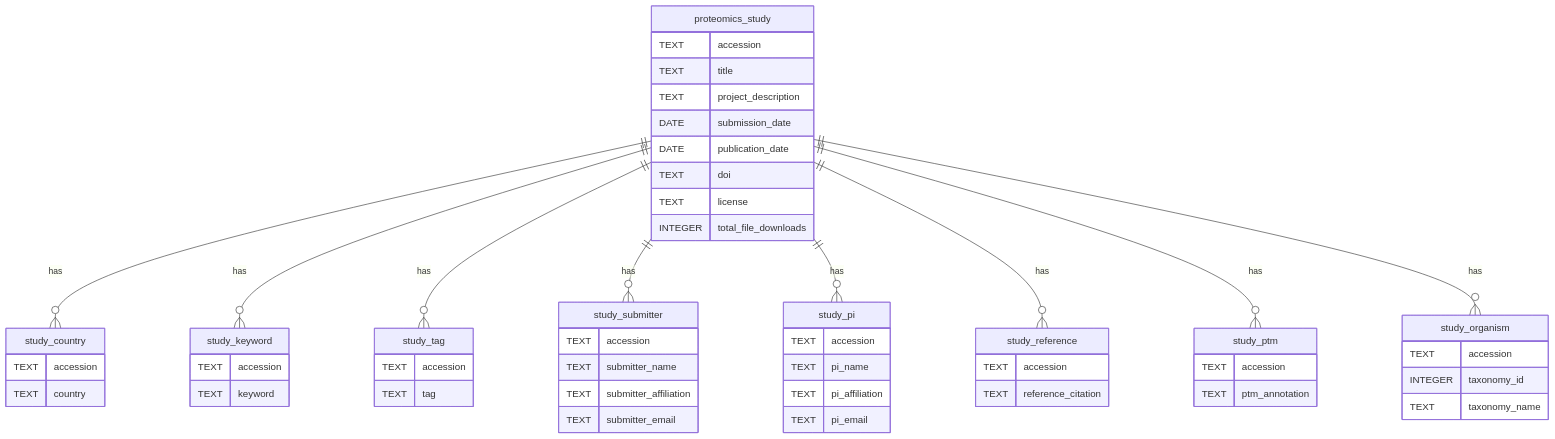
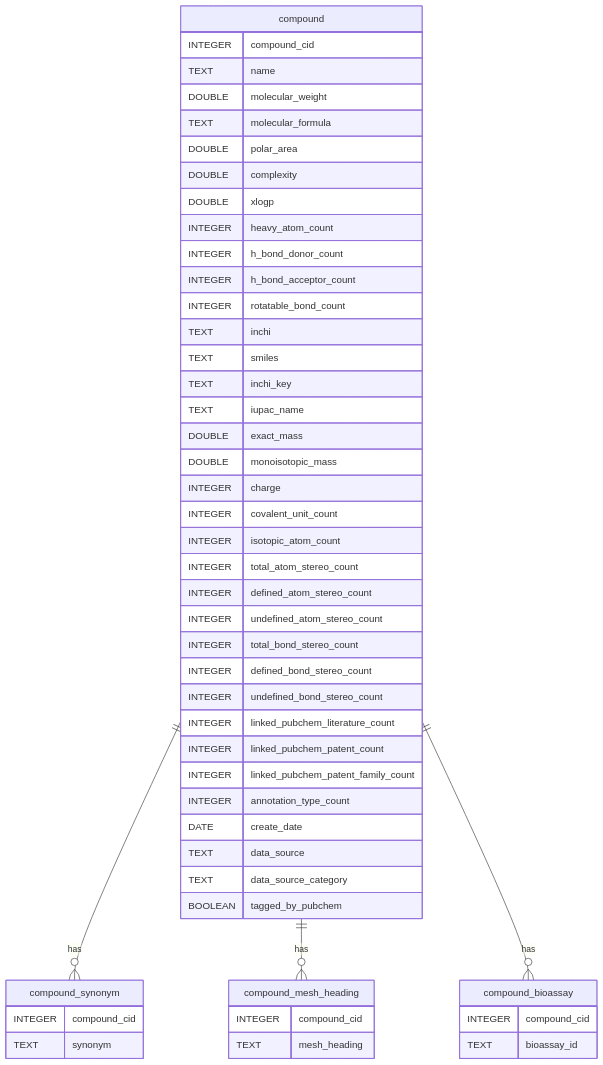
The diagram in ERD/erd.mmd (AbhishekSingh1180/LLM-data-harmonizer), drawn with Mermaid before and after one commit. The commit also changed 6 other files, not shown here.

```diff
--- a/ERD/erd.mmd
+++ b/ERD/erd.mmd
@@ -1,66 +1,57 @@
 %%{init: {'theme':'default'}}%%
 erDiagram
-  proteomics_study {
-    TEXT accession
-    TEXT title
-    TEXT project_description
-    DATE submission_date
-    DATE publication_date
-    TEXT doi
-    TEXT license
-    INTEGER total_file_downloads
+  compound {
+    INTEGER compound_cid
+    TEXT name
+    DOUBLE molecular_weight
+    TEXT molecular_formula
+    DOUBLE polar_area
+    DOUBLE complexity
+    DOUBLE xlogp
+    INTEGER heavy_atom_count
+    INTEGER h_bond_donor_count
+    INTEGER h_bond_acceptor_count
+    INTEGER rotatable_bond_count
+    TEXT inchi
+    TEXT smiles
+    TEXT inchi_key
+    TEXT iupac_name
+    DOUBLE exact_mass
+    DOUBLE monoisotopic_mass
+    INTEGER charge
+    INTEGER covalent_unit_count
+    INTEGER isotopic_atom_count
+    INTEGER total_atom_stereo_count
+    INTEGER defined_atom_stereo_count
+    INTEGER undefined_atom_stereo_count
+    INTEGER total_bond_stereo_count
+    INTEGER defined_bond_stereo_count
+    INTEGER undefined_bond_stereo_count
+    INTEGER linked_pubchem_literature_count
+    INTEGER linked_pubchem_patent_count
+    INTEGER linked_pubchem_patent_family_count
+    INTEGER annotation_type_count
+    DATE create_date
+    TEXT data_source
+    TEXT data_source_category
+    BOOLEAN tagged_by_pubchem
   }
 
-  study_country {
-    TEXT accession
-    TEXT country
+  compound_synonym {
+    INTEGER compound_cid
+    TEXT synonym
   }
 
-  study_keyword {
-    TEXT accession
-    TEXT keyword
+  compound_mesh_heading {
+    INTEGER compound_cid
+    TEXT mesh_heading
   }
 
-  study_tag {
-    TEXT accession
-    TEXT tag
+  compound_bioassay {
+    INTEGER compound_cid
+    TEXT bioassay_id
   }
 
-  study_submitter {
-    TEXT accession
-    TEXT submitter_name
-    TEXT submitter_affiliation
-    TEXT submitter_email
-  }
-
-  study_pi {
-    TEXT accession
-    TEXT pi_name
-    TEXT pi_affiliation
-    TEXT pi_email
-  }
-
-  study_reference {
-    TEXT accession
-    TEXT reference_citation
-  }
-
-  study_ptm {
-    TEXT accession
-    TEXT ptm_annotation
-  }
-
-  study_organism {
-    TEXT accession
-    INTEGER taxonomy_id
-    TEXT taxonomy_name
-  }
-
-  proteomics_study ||--o{ study_country : has
-  proteomics_study ||--o{ study_keyword : has
-  proteomics_study ||--o{ study_tag : has
-  proteomics_study ||--o{ study_submitter : has
-  proteomics_study ||--o{ study_pi : has
-  proteomics_study ||--o{ study_reference : has
-  proteomics_study ||--o{ study_ptm : has
-  proteomics_study ||--o{ study_organism : has
+  compound ||--o{ compound_synonym : has
+  compound ||--o{ compound_mesh_heading : has
+  compound ||--o{ compound_bioassay : has
```
